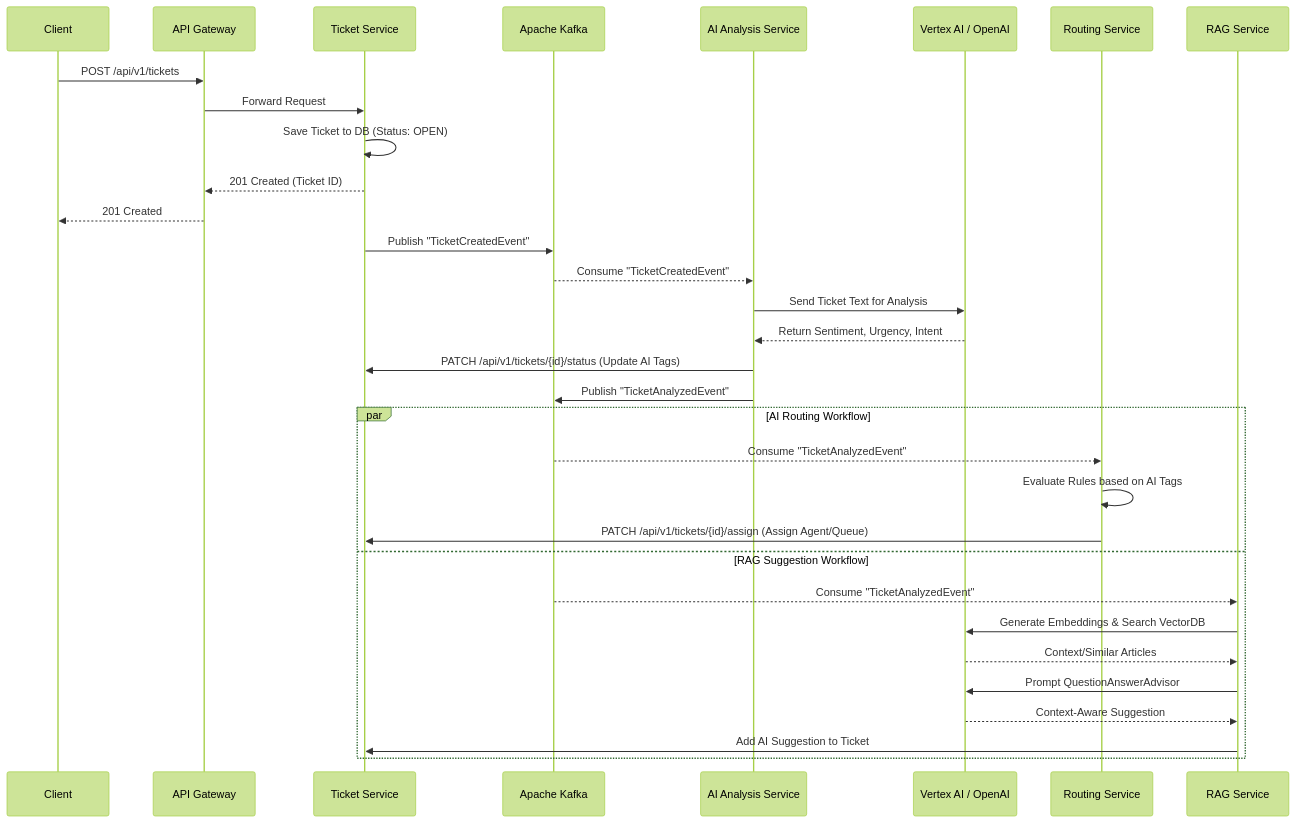
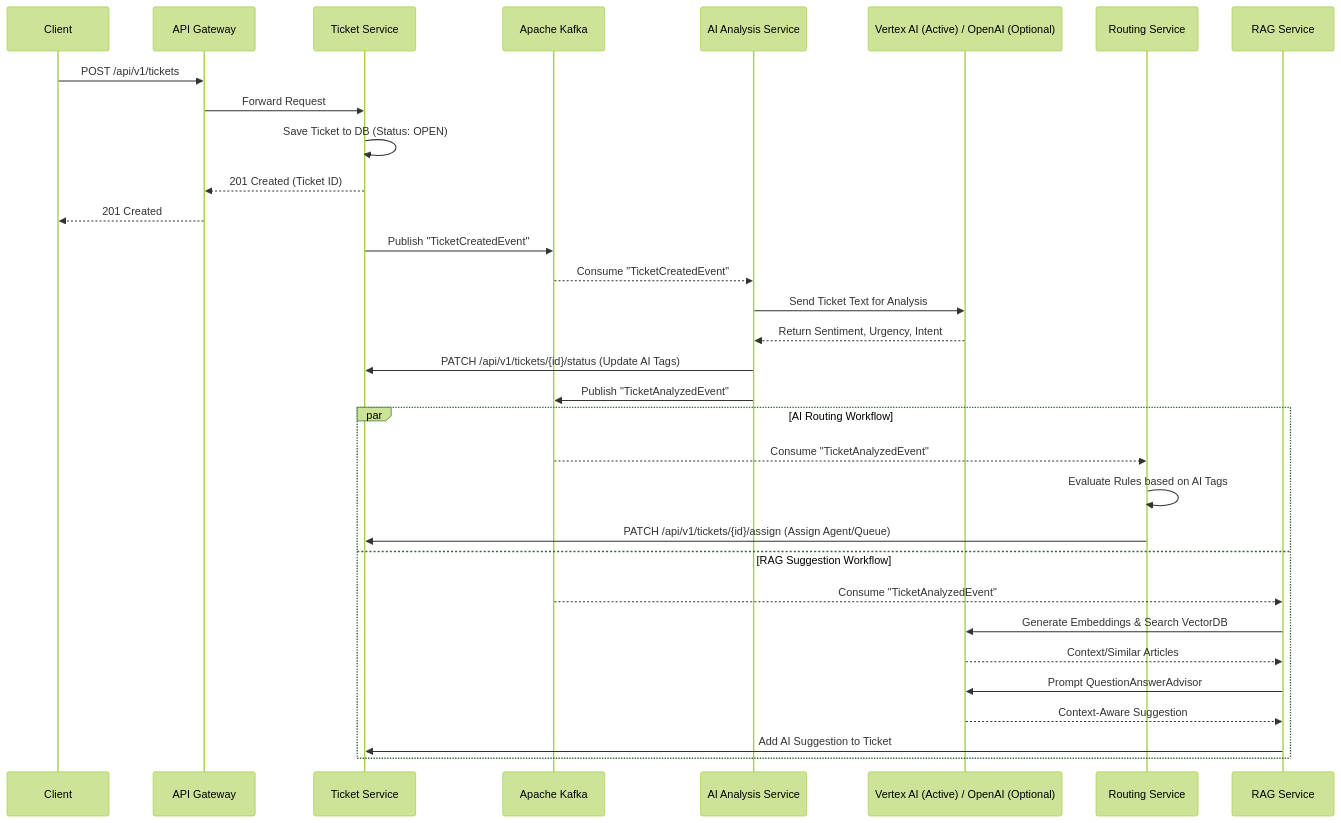
Before and after one commit to avisheksingha/ai-support-system: the second of 2 diagrams in OVERVIEW.md, drawn with Mermaid (forest theme). The commit also changed other lines of this file and 5 other files, not shown here.

Commit message:
feat: Clarify Vertex AI (Gemini) as the active AI provider for `ai-analysis-service`, retaining OpenAI as optional, and update documentation and environment variables.

````diff
--- a/OVERVIEW.md
+++ b/OVERVIEW.md
@@ -60,38 +60,38 @@
 ```mermaid
 sequenceDiagram
     participant Client
     participant Gateway as API Gateway
     participant TicketSvc as Ticket Service
     participant Kafka as Apache Kafka
     participant AISvc as AI Analysis Service
-    participant ExternalAI as Vertex AI / OpenAI
+    participant ExternalAI as Vertex AI (Active) / OpenAI (Optional)
     participant RoutingSvc as Routing Service
     participant RAGSvc as RAG Service
 
     Client->>Gateway: POST /api/v1/tickets
     Gateway->>TicketSvc: Forward Request
     TicketSvc->>TicketSvc: Save Ticket to DB (Status: OPEN)
     TicketSvc-->>Gateway: 201 Created (Ticket ID)
     Gateway-->>Client: 201 Created
     
     TicketSvc->>Kafka: Publish "TicketCreatedEvent"
     Kafka-->>AISvc: Consume "TicketCreatedEvent"
     
     AISvc->>ExternalAI: Send Ticket Text for Analysis
     ExternalAI-->>AISvc: Return Sentiment, Urgency, Intent
     AISvc->>TicketSvc: PATCH /api/v1/tickets/{id}/status (Update AI Tags)
     AISvc->>Kafka: Publish "TicketAnalyzedEvent"
     
     par AI Routing Workflow
         Kafka-->>RoutingSvc: Consume "TicketAnalyzedEvent"
         RoutingSvc->>RoutingSvc: Evaluate Rules based on AI Tags
         RoutingSvc->>TicketSvc: PATCH /api/v1/tickets/{id}/assign (Assign Agent/Queue)
     and RAG Suggestion Workflow
         Kafka-->>RAGSvc: Consume "TicketAnalyzedEvent"
         RAGSvc->>ExternalAI: Generate Embeddings & Search VectorDB
         ExternalAI-->>RAGSvc: Context/Similar Articles
         RAGSvc->>ExternalAI: Prompt QuestionAnswerAdvisor
         ExternalAI-->>RAGSvc: Context-Aware Suggestion
         RAGSvc->>TicketSvc: Add AI Suggestion to Ticket
     end
 ```
````
